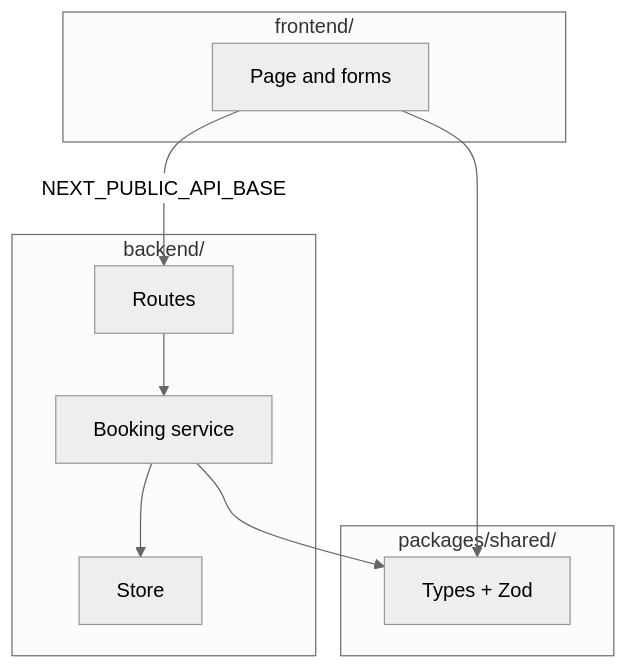
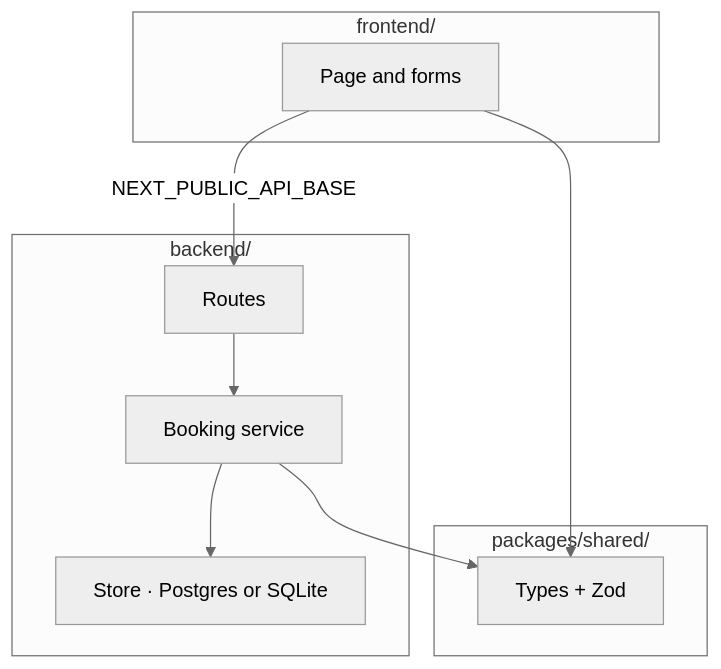
One commit to abdulsamad245/willow-clinic changed the second of 2 diagrams in README.md. Above: the diagram before and after it, drawn with Mermaid (neutral theme). The commit also changed other lines of this file and 30 other files, not shown here.

First line of the commit message:
feat: add postgres store, request logs, and schema migrations

````diff
--- a/README.md
+++ b/README.md
@@ -28,19 +28,19 @@
 ```mermaid
 flowchart TB
   subgraph frontend["frontend/"]
     ui[Page and forms]
   end
   subgraph shared["packages/shared/"]
     zod[Types + Zod]
   end
   subgraph backend["backend/"]
     http[Routes]
     svc[Booking service]
-    store[Store]
+    store[Store · Postgres or SQLite]
   end
 
   ui --> zod
   ui -->|NEXT_PUBLIC_API_BASE| http
   http --> svc --> store
   svc --> zod
 ```
````
